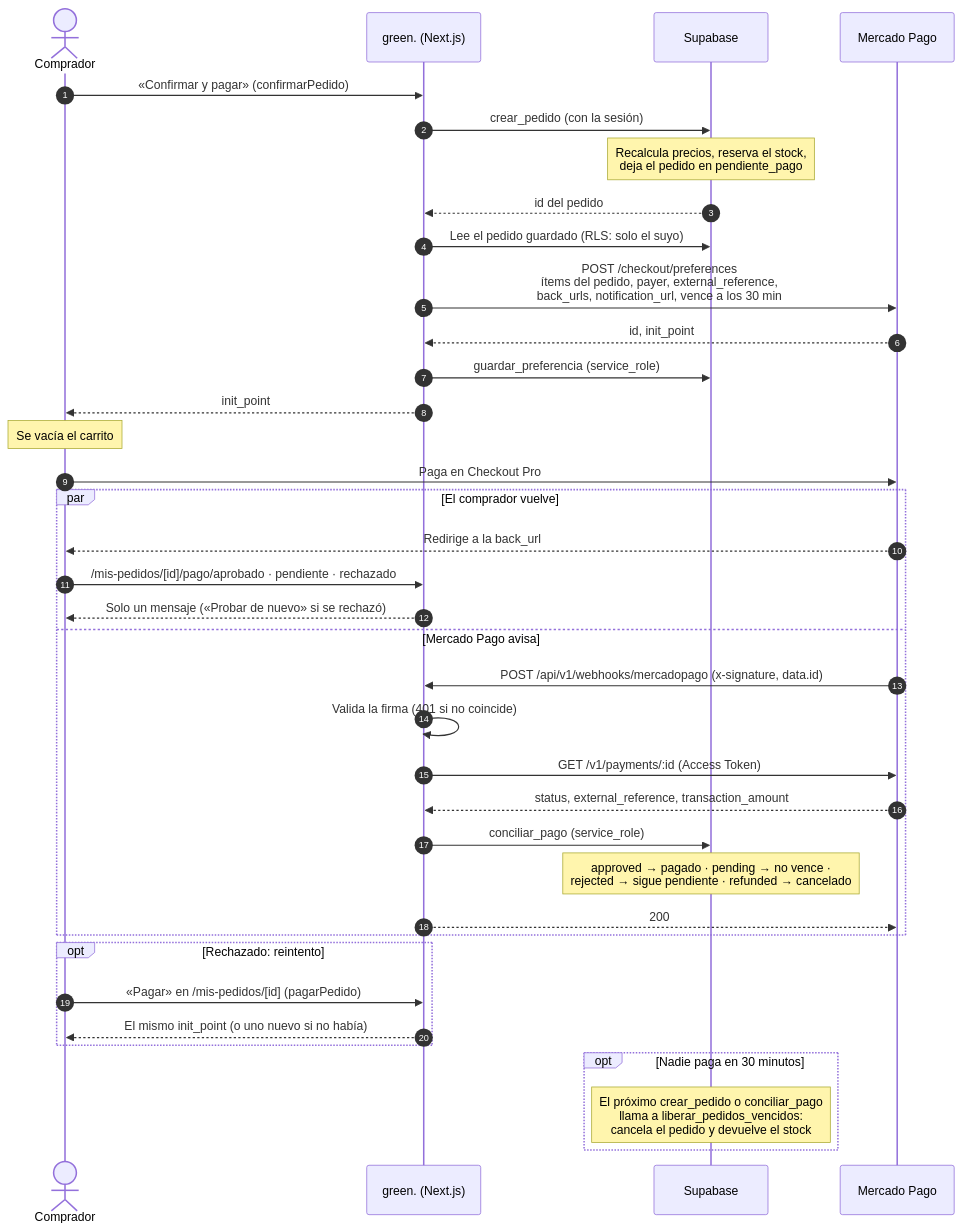
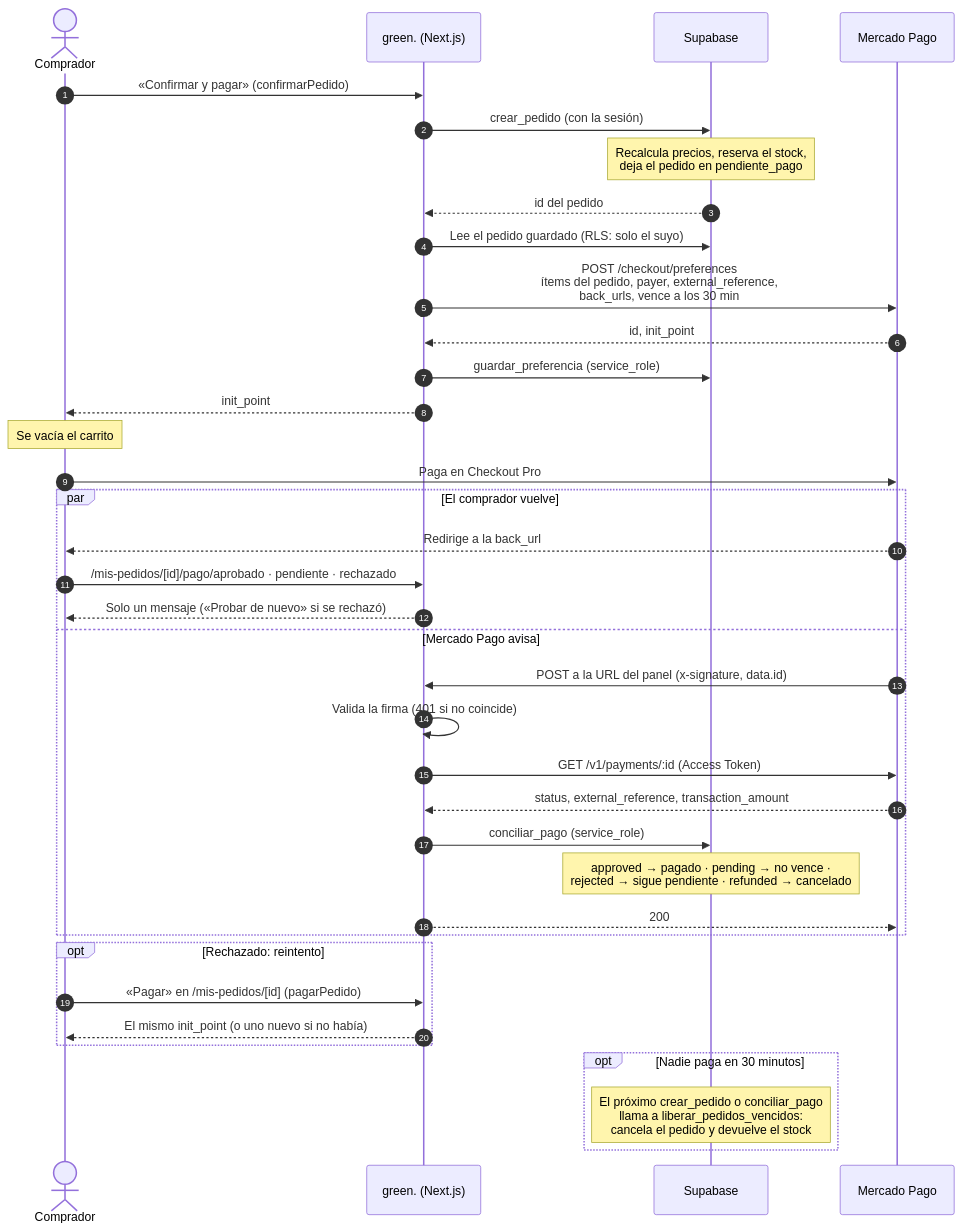
Before and after one commit to alanfvidela-wq/green-tenis: the first of 2 diagrams in docs/API.md, drawn with Mermaid. The commit also changed other lines of this file and 3 other files, not shown here.

First line of the commit message:
Webhook de Mercado Pago: diagnóstico de la firma y avisos a la URL del panel

````diff
--- a/docs/API.md
+++ b/docs/API.md
@@ -767,43 +812,43 @@
 ```mermaid
 sequenceDiagram
   autonumber
   actor C as Comprador
   participant G as green. (Next.js)
   participant S as Supabase
   participant MP as Mercado Pago
 
   C->>G: «Confirmar y pagar» (confirmarPedido)
   G->>S: crear_pedido (con la sesión)
   Note over S: Recalcula precios, reserva el stock,<br/>deja el pedido en pendiente_pago
   S-->>G: id del pedido
   G->>S: Lee el pedido guardado (RLS: solo el suyo)
-  G->>MP: POST /checkout/preferences<br/>ítems del pedido, payer, external_reference,<br/>back_urls, notification_url, vence a los 30 min
+  G->>MP: POST /checkout/preferences<br/>ítems del pedido, payer, external_reference,<br/>back_urls, vence a los 30 min
   MP-->>G: id, init_point
   G->>S: guardar_preferencia (service_role)
   G-->>C: init_point
   Note over C: Se vacía el carrito
   C->>MP: Paga en Checkout Pro
 
   par El comprador vuelve
     MP-->>C: Redirige a la back_url
     C->>G: /mis-pedidos/[id]/pago/aprobado · pendiente · rechazado
     G-->>C: Solo un mensaje («Probar de nuevo» si se rechazó)
   and Mercado Pago avisa
-    MP->>G: POST /api/v1/webhooks/mercadopago (x-signature, data.id)
+    MP->>G: POST a la URL del panel (x-signature, data.id)
     G->>G: Valida la firma (401 si no coincide)
     G->>MP: GET /v1/payments/:id (Access Token)
     MP-->>G: status, external_reference, transaction_amount
     G->>S: conciliar_pago (service_role)
     Note over S: approved → pagado · pending → no vence ·<br/>rejected → sigue pendiente · refunded → cancelado
     G-->>MP: 200
   end
 
   opt Rechazado: reintento
     C->>G: «Pagar» en /mis-pedidos/[id] (pagarPedido)
     G-->>C: El mismo init_point (o uno nuevo si no había)
   end
 
   opt Nadie paga en 30 minutos
     Note over S: El próximo crear_pedido o conciliar_pago<br/>llama a liberar_pedidos_vencidos:<br/>cancela el pedido y devuelve el stock
   end
 ```
````
